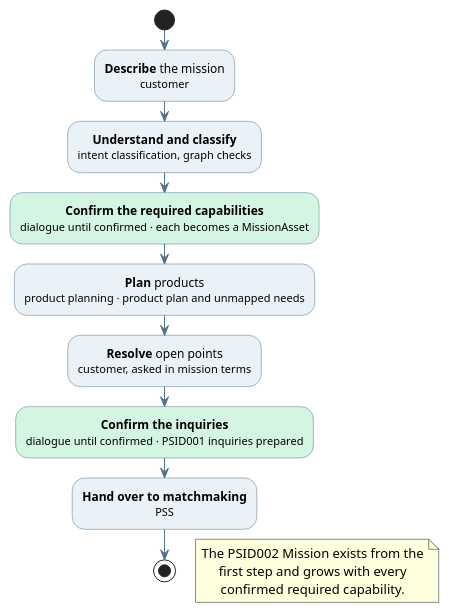
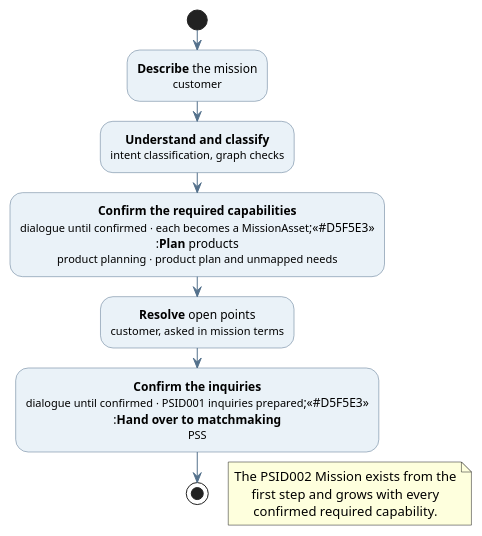
One commit to psi-consortium/psi changed the diagram in doc/PSI/PSI-ADR/Proposed/ADR049-ai-assisted-capability-extraction-for-mission-based-product-inquiry.md. Above: the diagram before and after it, drawn with PlantUML. The commit also changed other lines of this file, not shown here.

````diff
--- a/doc/PSI/PSI-ADR/Proposed/ADR049-ai-assisted-capability-extraction-for-mission-based-product-inquiry.md
+++ b/doc/PSI/PSI-ADR/Proposed/ADR049-ai-assisted-capability-extraction-for-mission-based-product-inquiry.md
@@ -98,32 +98,32 @@
 ```plantuml
 @startuml
 skinparam shadowing false
 skinparam defaultTextAlignment center
 skinparam ActivityBackgroundColor #EAF2F8
 skinparam ActivityBorderColor #54718C
 skinparam ArrowColor #54718C
 
 start
 :**Describe** the mission
 <size:11>customer</size>;
 :**Understand and classify**
 <size:11>intent classification, graph checks</size>;
-#D5F5E3:**Confirm the required capabilities**
-<size:11>dialogue until confirmed · each becomes a MissionAsset</size>;
+:**Confirm the required capabilities**
+<size:11>dialogue until confirmed · each becomes a MissionAsset</size>;<<#D5F5E3>>
 :**Plan** products
 <size:11>product planning · product plan and unmapped needs</size>;
 :**Resolve** open points
 <size:11>customer, asked in mission terms</size>;
-#D5F5E3:**Confirm the inquiries**
-<size:11>dialogue until confirmed · PSID001 inquiries prepared</size>;
+:**Confirm the inquiries**
+<size:11>dialogue until confirmed · PSID001 inquiries prepared</size>;<<#D5F5E3>>
 :**Hand over to matchmaking**
 <size:11>PSS</size>;
 stop
 
 floating note right
   The PSID002 Mission exists from the
   first step and grows with every
   confirmed required capability.
 end note
 @enduml
 ```
````
